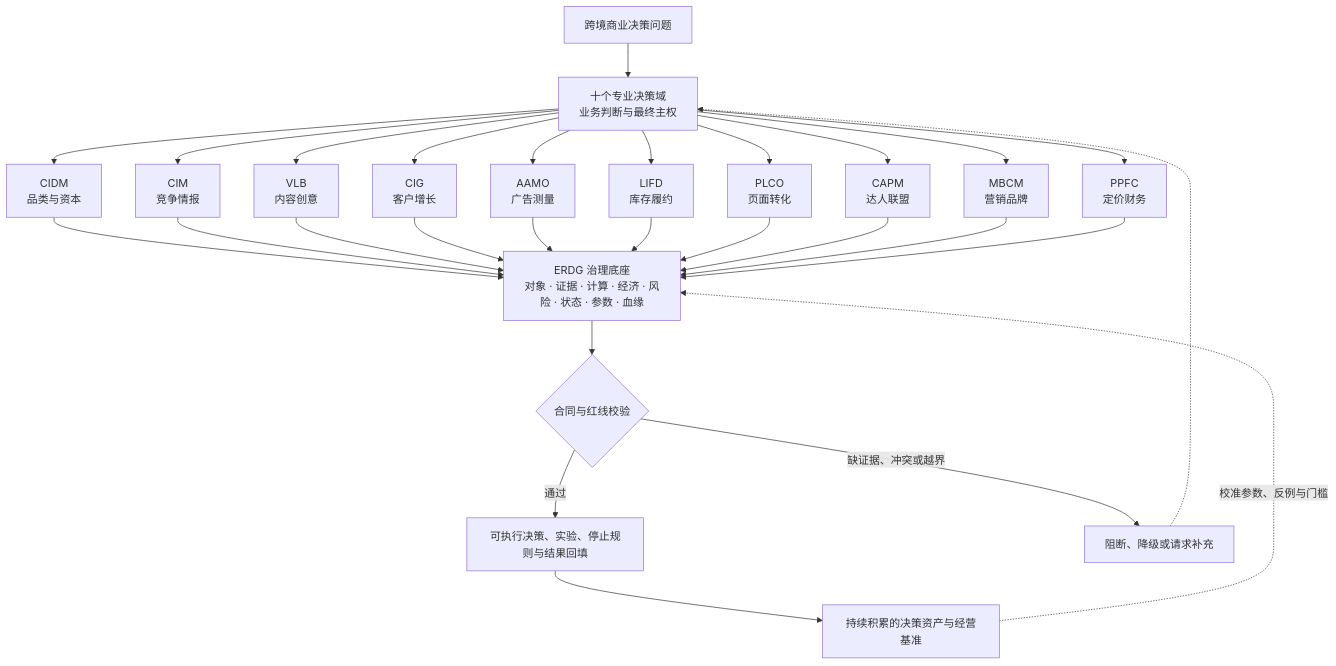
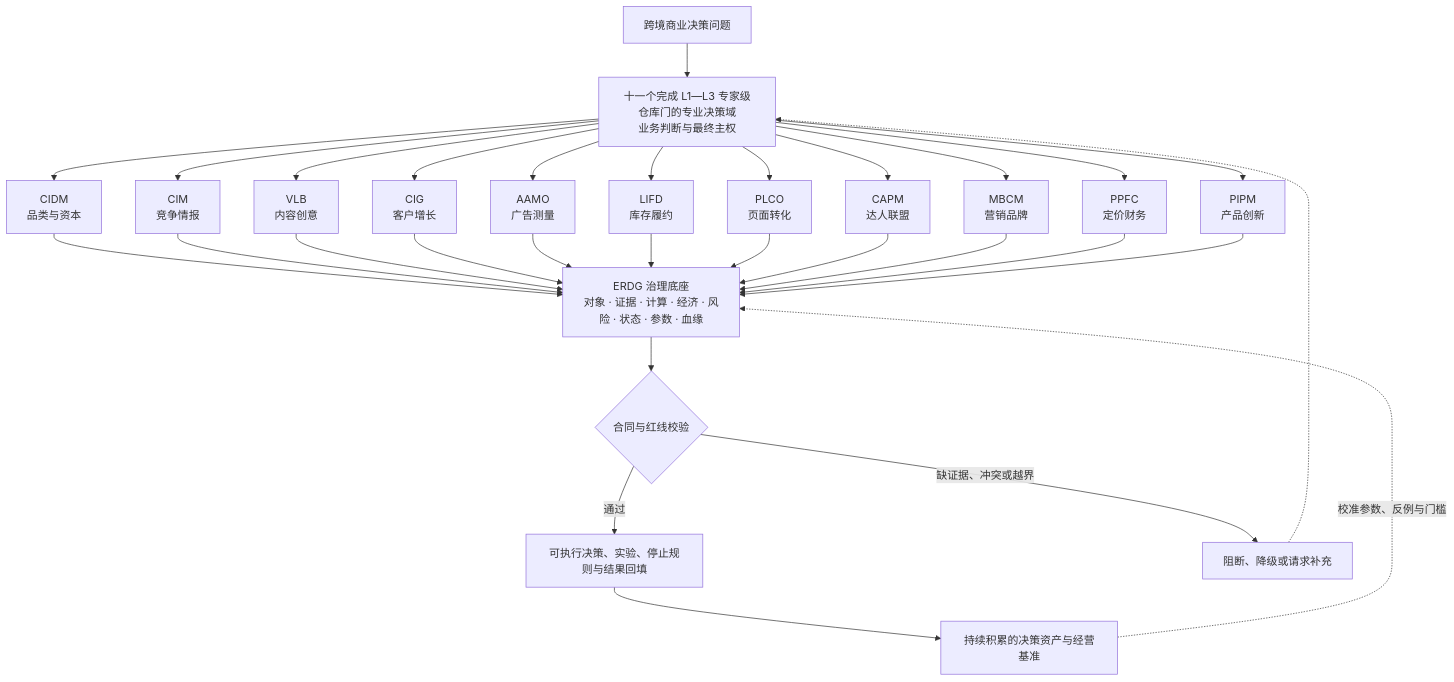
One commit to saye-chen/CrossBorder-Decision-Lab changed the first of 2 diagrams in README.md. Above: the diagram before and after it, drawn with Mermaid. The commit also changed other lines of this file and 173 other files, not shown here.

````diff
--- a/README.md
+++ b/README.md
@@ -71,23 +71,24 @@
 ```mermaid
 flowchart TB
-    U["跨境商业决策问题"] --> D["十个专业决策域<br/>业务判断与最终主权"]
+    U["跨境商业决策问题"] --> D["十一个完成 L1—L3 专家级仓库门的专业决策域<br/>业务判断与最终主权"]
 
     D --> CIDM["CIDM<br/>品类与资本"]
     D --> CIM["CIM<br/>竞争情报"]
     D --> VLB["VLB<br/>内容创意"]
     D --> CIG["CIG<br/>客户增长"]
     D --> AAMO["AAMO<br/>广告测量"]
     D --> LIFD["LIFD<br/>库存履约"]
     D --> PLCO["PLCO<br/>页面转化"]
     D --> CAPM["CAPM<br/>达人联盟"]
     D --> MBCM["MBCM<br/>营销品牌"]
     D --> PPFC["PPFC<br/>定价财务"]
+    D --> PIPM["PIPM<br/>产品创新"]
 
-    CIDM & CIM & VLB & CIG & AAMO & LIFD & PLCO & CAPM & MBCM & PPFC --> E["ERDG 治理底座<br/>对象 · 证据 · 计算 · 经济 · 风险 · 状态 · 参数 · 血缘"]
+    CIDM & CIM & VLB & CIG & AAMO & LIFD & PLCO & CAPM & MBCM & PPFC & PIPM --> E["ERDG 治理底座<br/>对象 · 证据 · 计算 · 经济 · 风险 · 状态 · 参数 · 血缘"]
     E --> G{"合同与红线校验"}
     G -->|"通过"| O["可执行决策、实验、停止规则与结果回填"]
     G -->|"缺证据、冲突或越界"| B["阻断、降级或请求补充"]
     B -.-> D
     O --> A["持续积累的决策资产与经营基准"]
     A -.->|"校准参数、反例与门槛"| E
 ```
````
